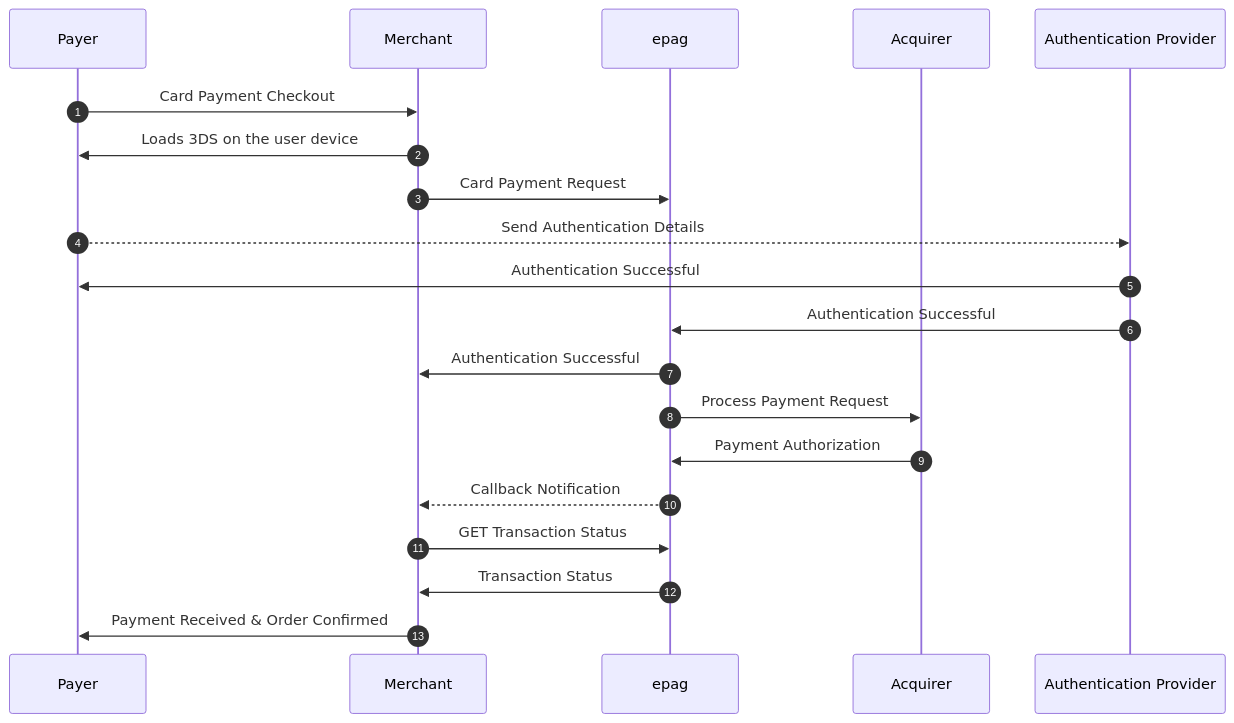
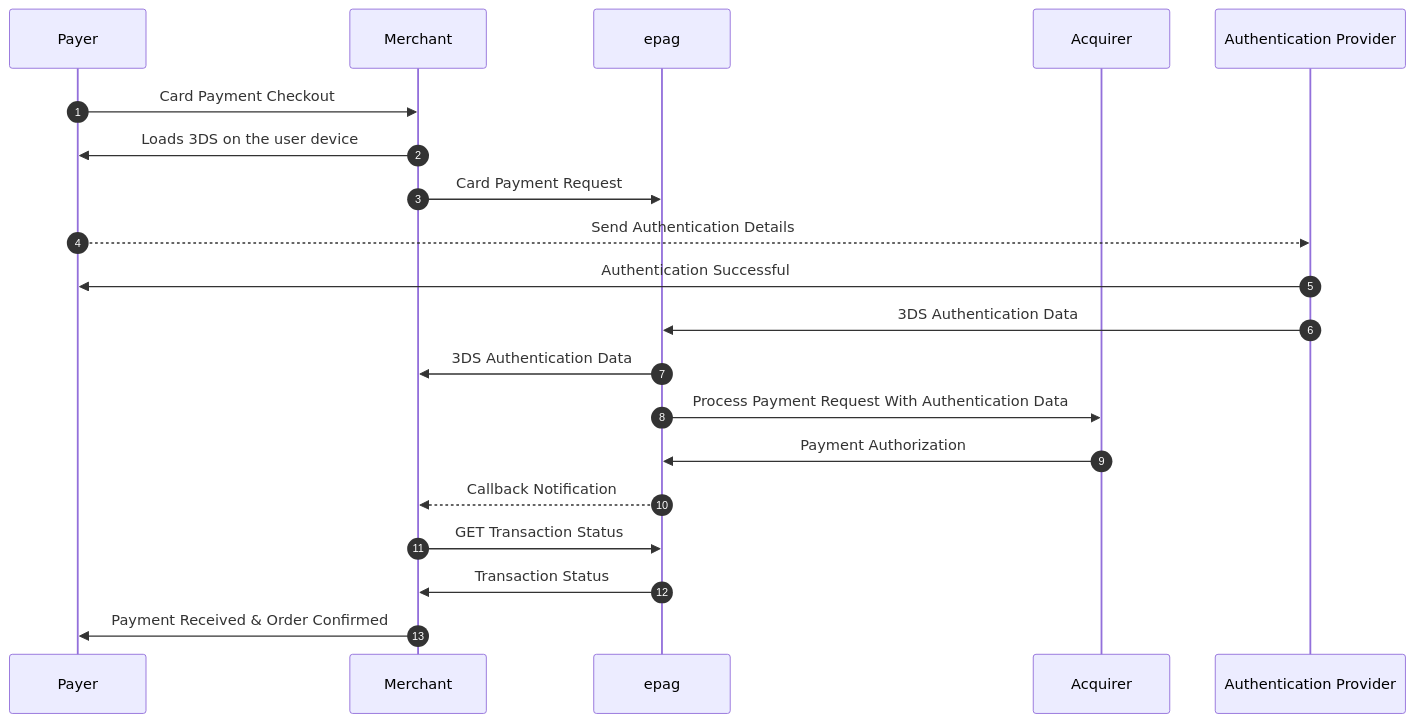
One commit to guilherme-schumann/development-documentation changed the first of 2 diagrams in docs/Payments/Brazil/Credit Card/credit-card-3ds.md. Above: the diagram before and after it, drawn with Mermaid. The commit also changed other lines of this file and 1 other file, not shown here.

Commit message:
Adding Internal & External 3DS Authentication and Debit Authentication

````diff
--- a/docs/Payments/Brazil/Credit Card/credit-card-3ds.md
+++ b/docs/Payments/Brazil/Credit Card/credit-card-3ds.md
@@ -21,23 +21,23 @@
 ```mermaid
 sequenceDiagram
     autonumber
     participant Payer
     participant Merchant
     participant epag
     participant Acquirer
     participant AuthenticationProvider as Authentication Provider
 
     Payer ->> Merchant: Card Payment Checkout
     Merchant ->> Payer: Loads 3DS on the user device
     Merchant ->> epag: Card Payment Request
     Payer -->> AuthenticationProvider: Send Authentication Details
     AuthenticationProvider ->> Payer: Authentication Successful
-    AuthenticationProvider ->> epag: Authentication Successful
-    epag ->> Merchant: Authentication Successful
-    epag ->> Acquirer: Process Payment Request
+    AuthenticationProvider ->> epag: 3DS Authentication Data
+    epag ->> Merchant: 3DS Authentication Data
+    epag ->> Acquirer: Process Payment Request With Authentication Data
     Acquirer ->> epag: Payment Authorization
     epag -->> Merchant: Callback Notification
     Merchant ->> epag: GET Transaction Status
     epag ->> Merchant: Transaction Status
     Merchant ->> Payer: Payment Received & Order Confirmed
 ```
````
